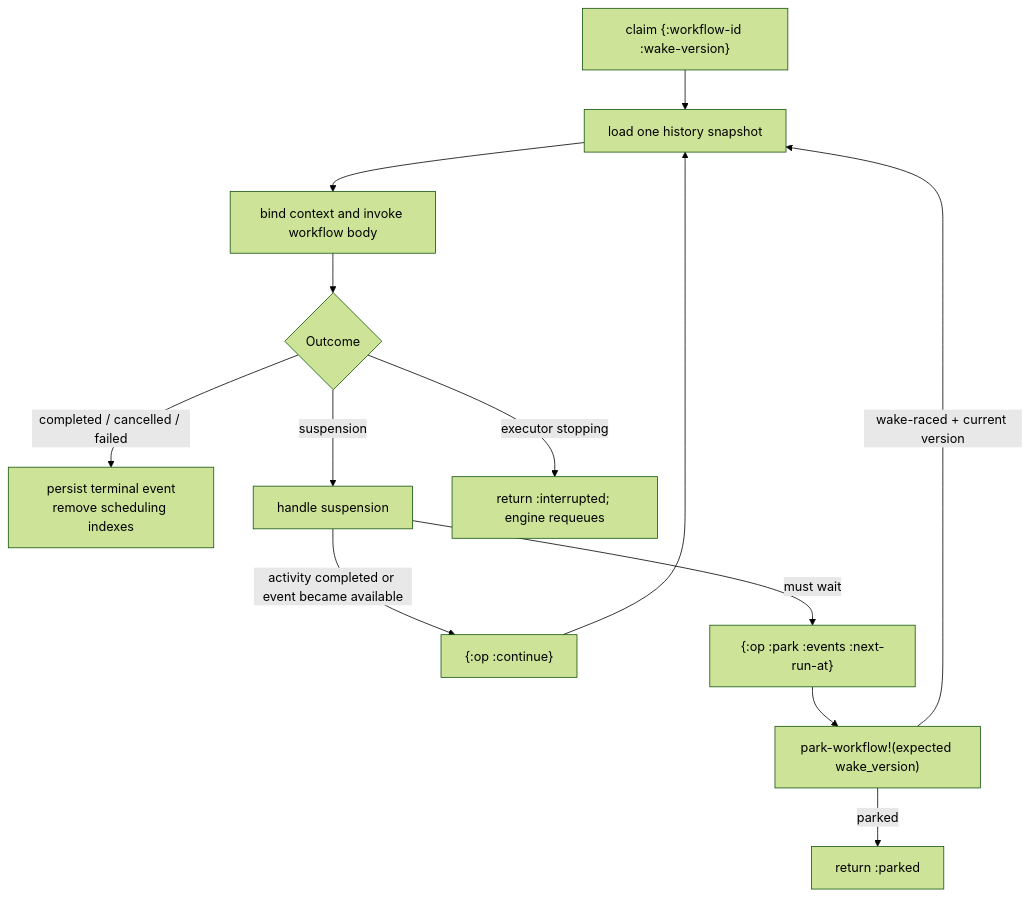
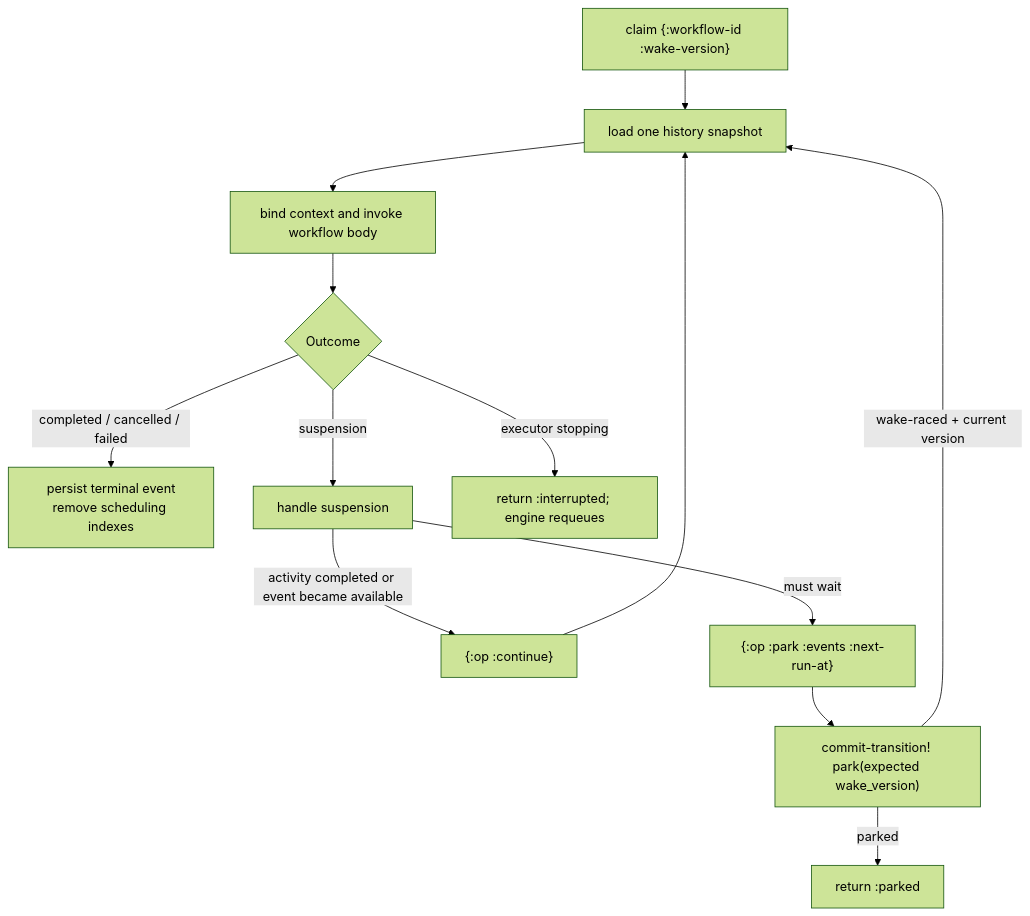
The third of 3 diagrams in architecture.md (mping/intemporal), drawn with Mermaid (forest theme) before and after one commit. The commit also changed other lines of this file and 24 other files, not shown here.

````diff
--- a/architecture.md
+++ b/architecture.md
@@ -96,15 +100,15 @@
 ```mermaid
 flowchart TD
     Claim["claim {:workflow-id :wake-version}"] --> Load["load one history snapshot"]
     Load --> Run["bind context and invoke workflow body"]
     Run --> Outcome{Outcome}
     Outcome -->|completed / cancelled / failed| Terminal["persist terminal event\nremove scheduling indexes"]
     Outcome -->|suspension| Dispatch["handle suspension"]
     Dispatch -->|activity completed or event became available| Continue["{:op :continue}"]
     Continue --> Load
     Dispatch -->|must wait| Park["{:op :park :events :next-run-at}"]
-    Park --> Commit["park-workflow!(expected wake_version)"]
+    Park --> Commit["commit-transition! park(expected wake_version)"]
     Commit -->|parked| Waiting["return :parked"]
     Commit -->|wake-raced + current version| Load
     Outcome -->|executor stopping| Interrupted["return :interrupted; engine requeues"]
 ```
````
